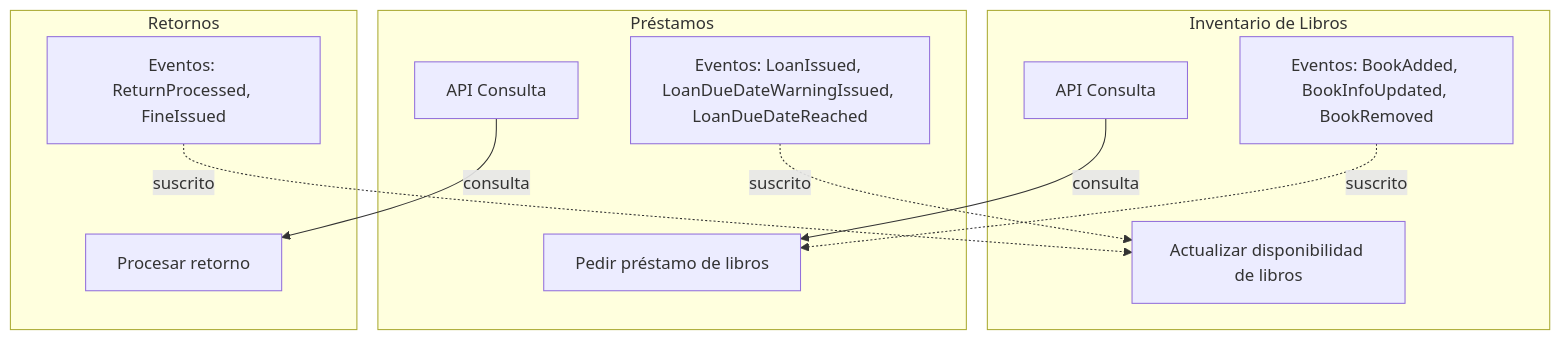
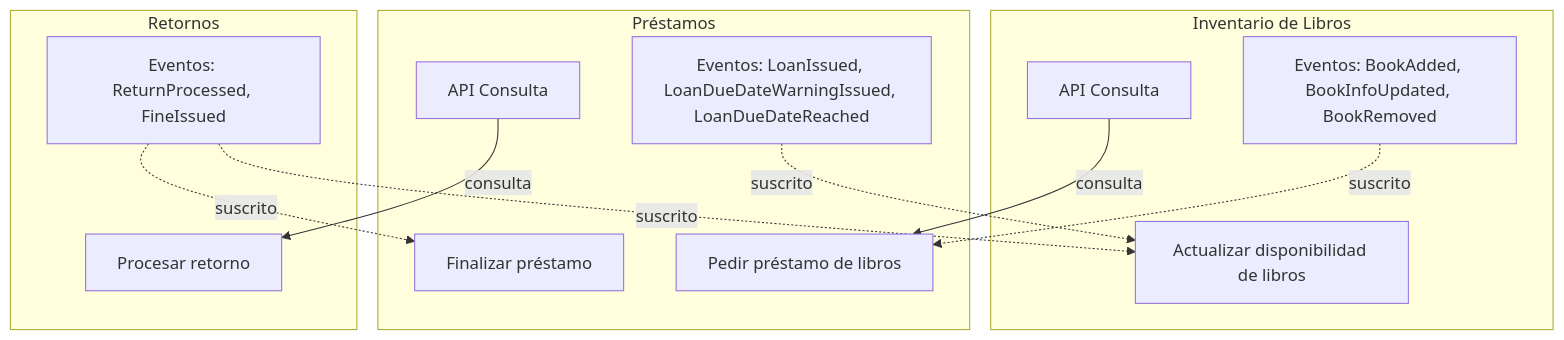
Before and after one commit to alebuzo/SOA-I-2026: the first of 2 diagrams in tarea1/README.md, drawn with Mermaid. The commit also changed other lines of this file and 1 other file, not shown here.

````diff
--- a/tarea1/README.md
+++ b/tarea1/README.md
@@ -26,25 +26,28 @@
 ``` mermaid
 flowchart TD
     subgraph Inventario["Inventario de Libros"]
     I_API[API Consulta]
     I_Actualizar[Actualizar disponibilidad de libros]
     I_EV[Eventos: BookAdded, BookInfoUpdated, BookRemoved]
     end
 
     subgraph Prestamos["Préstamos"]
         P_API[API Consulta]
         P_Prestamo[Pedir préstamo de libros]
+        P_Terminado[Finalizar préstamo]
         P_EV[Eventos: LoanIssued, LoanDueDateWarningIssued, LoanDueDateReached]
     end
 
     subgraph Retornos["Retornos"]
     R_Retorno[Procesar retorno]
     R_EV[Eventos: ReturnProcessed, FineIssued]
     end
 
     I_API -->|consulta| P_Prestamo
     I_EV -.->|suscrito| P_Prestamo
     P_EV -.->|suscrito| I_Actualizar
     R_EV -.->|suscrito| I_Actualizar
     P_API -->|consulta| R_Retorno
+    R_EV -.->|suscrito| P_Terminado
+
 ```
````
